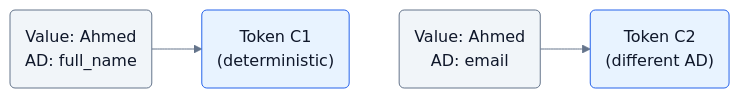
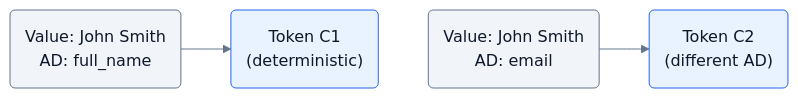
One commit to kkirko/PII-Masking-Service changed the third of 6 diagrams in README.md. Above: the diagram before and after it, drawn with Mermaid. The commit also changed other lines of this file and 9 other files, not shown here.

Commit message:
Integrate Presidio into demo flow and docs

````diff
--- a/README.md
+++ b/README.md
@@ -169,11 +169,11 @@
 ```mermaid
 %%{init: {"theme":"base","themeVariables":{"fontFamily":"ui-sans-serif, system-ui, -apple-system, Segoe UI, Roboto, Arial","primaryTextColor":"#0f172a","lineColor":"#64748b","primaryColor":"#ffffff","secondaryColor":"#f1f5f9"}}}%%
 flowchart LR
   classDef src fill:#f1f5f9,stroke:#64748b,stroke-width:1px,color:#0f172a;
   classDef tok fill:#e8f3ff,stroke:#2563eb,stroke-width:1px,color:#0f172a;
-  A("Value: Ahmed<br/>AD: full_name"):::src --> B("Token C1<br/>(deterministic)"):::tok
-  C("Value: Ahmed<br/>AD: email"):::src --> D("Token C2<br/>(different AD)"):::tok
+  A("Value: John Smith<br/>AD: full_name"):::src --> B("Token C1<br/>(deterministic)"):::tok
+  C("Value: John Smith<br/>AD: email"):::src --> D("Token C2<br/>(different AD)"):::tok
   B --> C
 
   linkStyle 2 stroke:transparent,fill:transparent,opacity:0;
 ```
````
